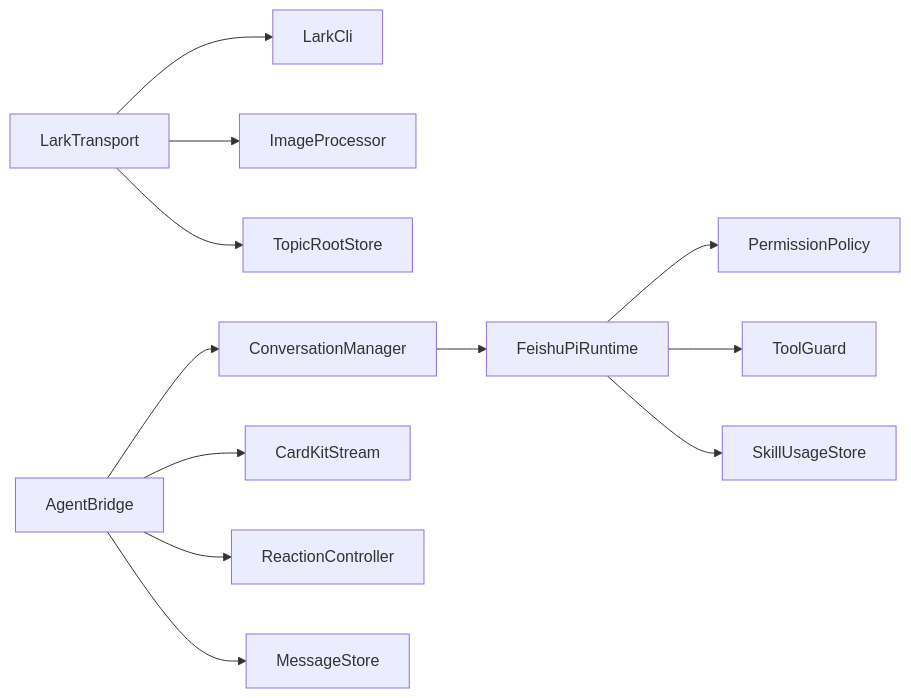
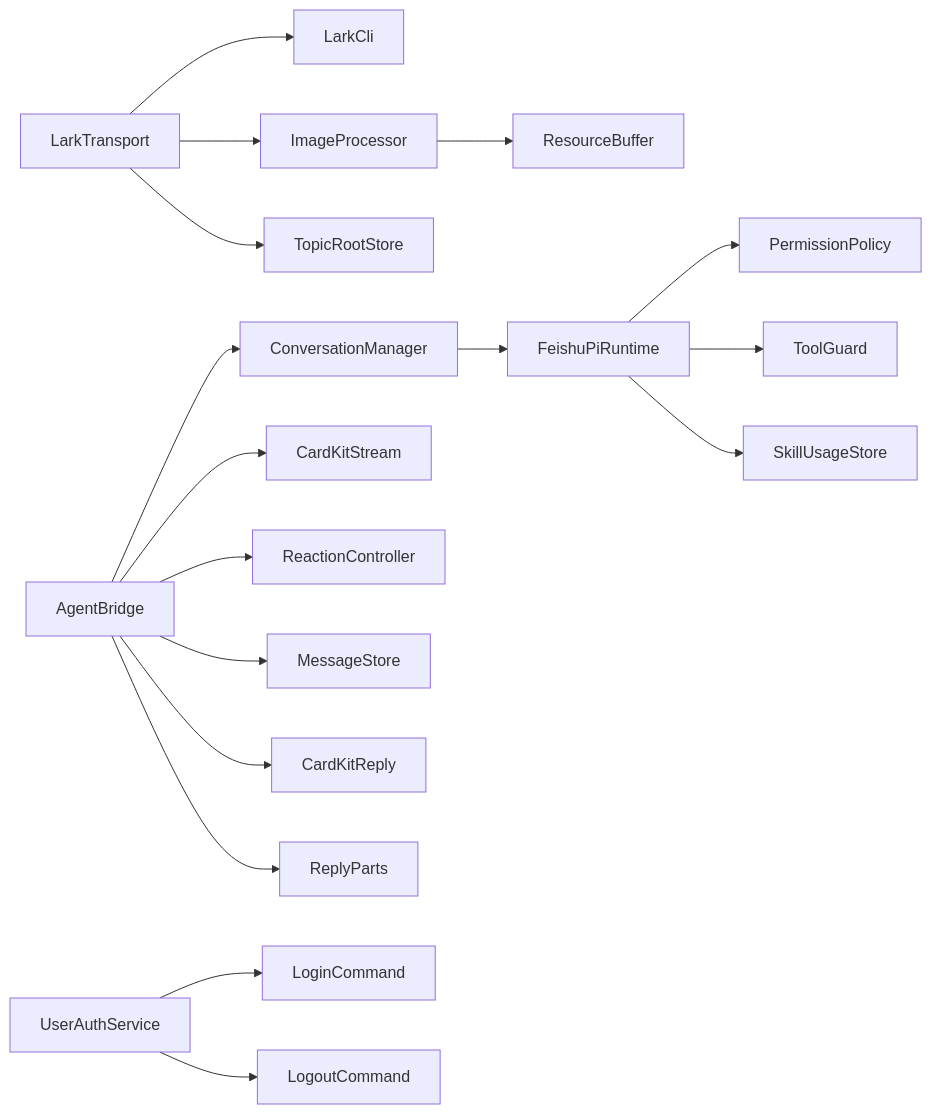
Before and after one commit to HeXiaoShu520/feishu-pi: diagram 11 of 11 in .qoder/repowiki/zh/content/飞书集成/飞书集成.md, drawn with Mermaid. The commit also changed other lines of this file and 47 other files, not shown here.

````diff
--- a/.qoder/repowiki/zh/content/飞书集成/飞书集成.md
+++ b/.qoder/repowiki/zh/content/飞书集成/飞书集成.md
@@ -397,14 +625,19 @@
 ```mermaid
 graph LR
 TR["LarkTransport"] --> LC["LarkCli"]
 TR --> IP["ImageProcessor"]
 TR --> TRS["TopicRootStore"]
 AB["AgentBridge"] --> CM["ConversationManager"]
 AB --> CKS["CardKitStream"]
 AB --> RC["ReactionController"]
 AB --> MS["MessageStore"]
+AB --> CR["CardKitReply"]
+AB --> RP["ReplyParts"]
 CM --> RT["FeishuPiRuntime"]
 RT --> POL["PermissionPolicy"]
 RT --> TG["ToolGuard"]
 RT --> SU["SkillUsageStore"]
+UA["UserAuthService"] --> LCMD["LoginCommand"]
+UA --> LOMD["LogoutCommand"]
+IP --> RB["ResourceBuffer"]
 ```
````
